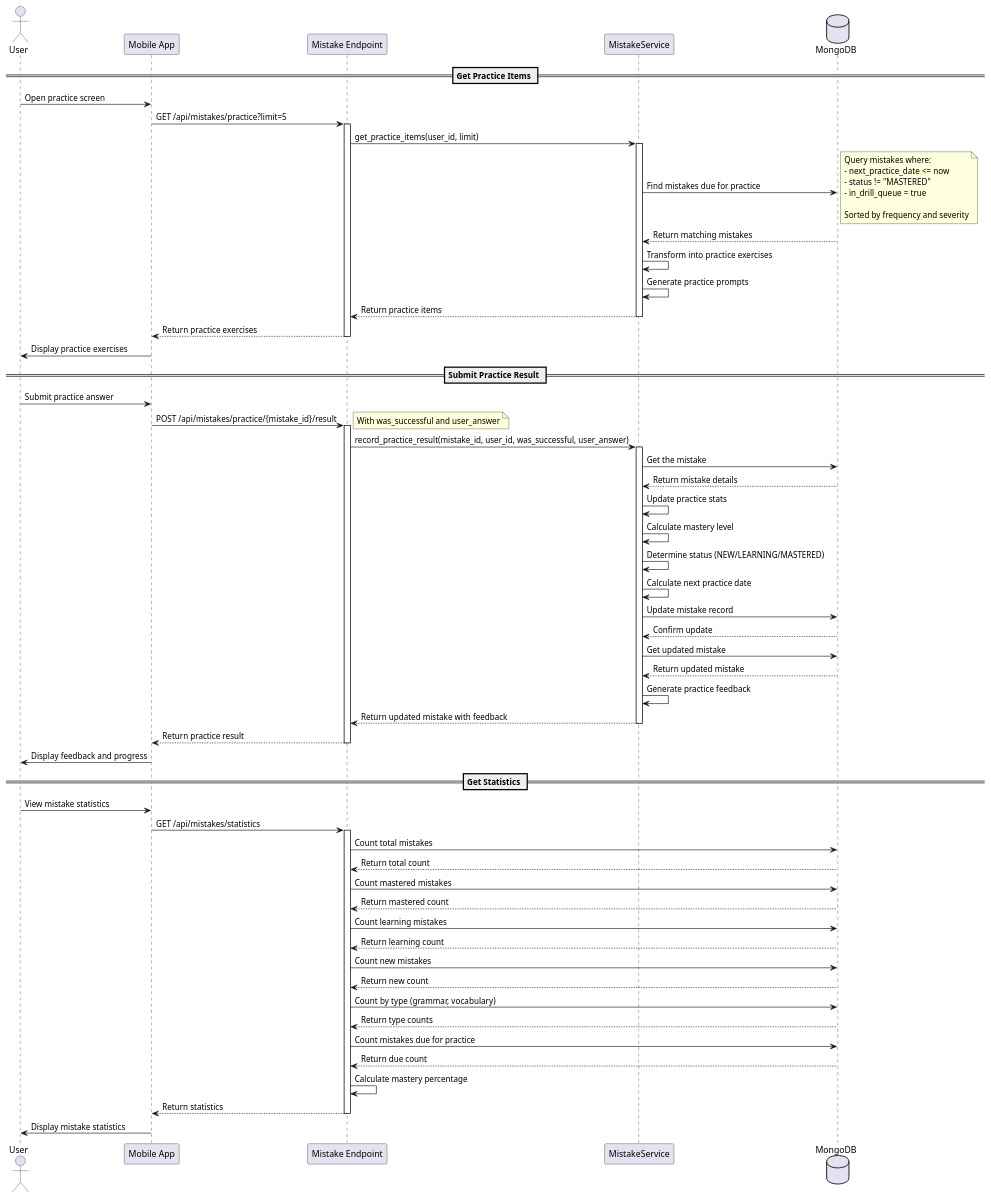
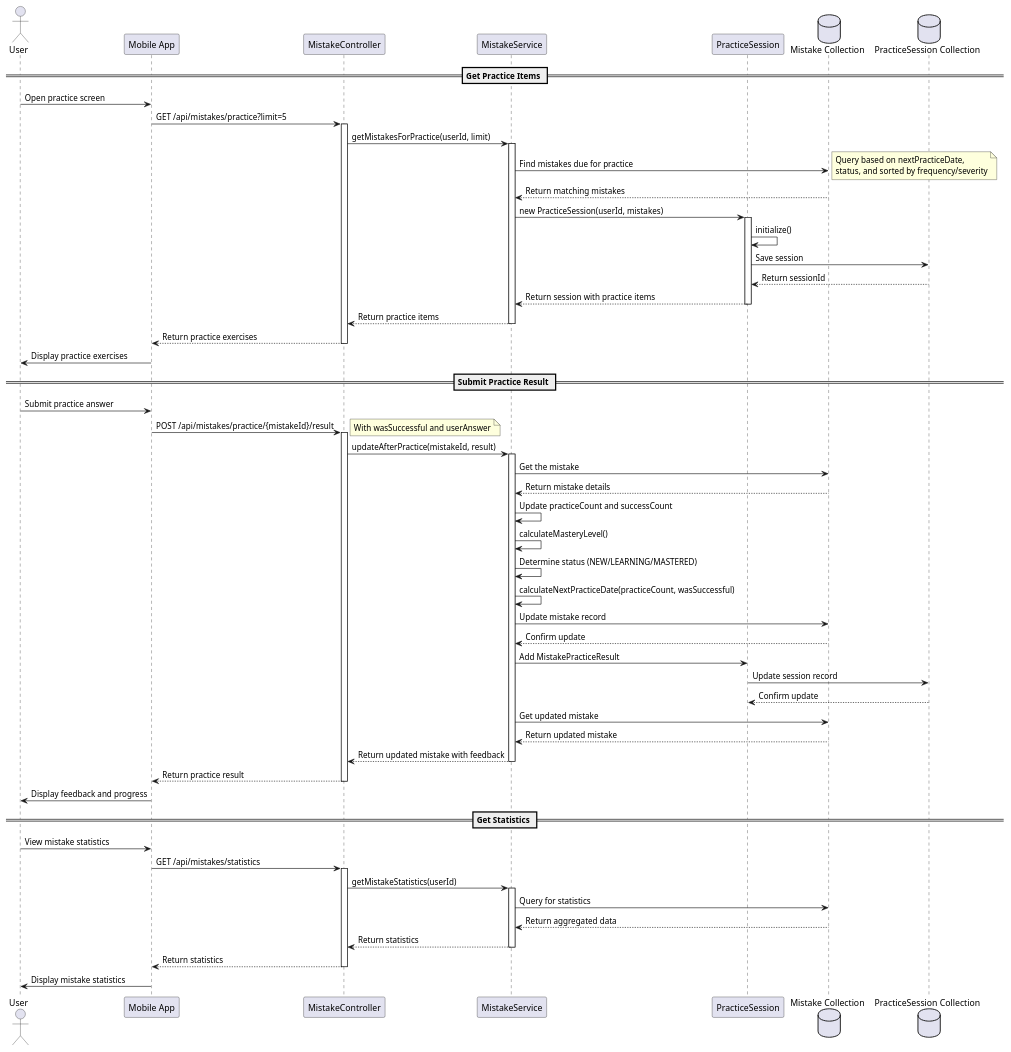
Before and after one commit to dungken/speaking_english_with_ai_app: the diagram in documents/diagrams/mistake-practice-sequence.md, drawn with PlantUML. The commit also changed 3 other files, not shown here.

Commit message:
Update diagrams

```diff
--- a/documents/diagrams/mistake-practice-sequence.md
+++ b/documents/diagrams/mistake-practice-sequence.md
@@ -7,9 +7,11 @@
 
 actor User
 participant "Mobile App" as App
-participant "Mistake Endpoint" as MistakeAPI
+participant "MistakeController" as MistakeAPI
 participant "MistakeService" as MistakeSvc
-database MongoDB as DB
+participant "PracticeSession" as Session
+database "Mistake Collection" as MistakeDB
+database "PracticeSession Collection" as SessionDB
 
 == Get Practice Items ==
 
@@ -17,16 +19,21 @@
 App -> MistakeAPI: GET /api/mistakes/practice?limit=5
 activate MistakeAPI
 
-MistakeAPI -> MistakeSvc: get_practice_items(user_id, limit)
+MistakeAPI -> MistakeSvc: getMistakesForPractice(userId, limit)
 activate MistakeSvc
 
-MistakeSvc -> DB: Find mistakes due for practice
-note right: Query mistakes where:\n- next_practice_date <= now\n- status != "MASTERED"\n- in_drill_queue = true\n\nSorted by frequency and severity
+MistakeSvc -> MistakeDB: Find mistakes due for practice
+note right: Query based on nextPracticeDate,\nstatus, and sorted by frequency/severity
+MistakeDB --> MistakeSvc: Return matching mistakes
 
-DB --> MistakeSvc: Return matching mistakes
+MistakeSvc -> Session: new PracticeSession(userId, mistakes)
+activate Session
+Session -> Session: initialize()
+Session -> SessionDB: Save session
+SessionDB --> Session: Return sessionId
+Session --> MistakeSvc: Return session with practice items
+deactivate Session
 
-MistakeSvc -> MistakeSvc: Transform into practice exercises
-MistakeSvc -> MistakeSvc: Generate practice prompts
 MistakeSvc --> MistakeAPI: Return practice items
 deactivate MistakeSvc
 
@@ -38,28 +45,31 @@
 == Submit Practice Result ==
 
 User -> App: Submit practice answer
-App -> MistakeAPI: POST /api/mistakes/practice/{mistake_id}/result
+App -> MistakeAPI: POST /api/mistakes/practice/{mistakeId}/result
 activate MistakeAPI
-note right: With was_successful and user_answer
+note right: With wasSuccessful and userAnswer
 
-MistakeAPI -> MistakeSvc: record_practice_result(mistake_id, user_id, was_successful, user_answer)
+MistakeAPI -> MistakeSvc: updateAfterPractice(mistakeId, result)
 activate MistakeSvc
 
-MistakeSvc -> DB: Get the mistake
-DB --> MistakeSvc: Return mistake details
+MistakeSvc -> MistakeDB: Get the mistake
+MistakeDB --> MistakeSvc: Return mistake details
 
-MistakeSvc -> MistakeSvc: Update practice stats
-MistakeSvc -> MistakeSvc: Calculate mastery level
+MistakeSvc -> MistakeSvc: Update practiceCount and successCount
+MistakeSvc -> MistakeSvc: calculateMasteryLevel()
 MistakeSvc -> MistakeSvc: Determine status (NEW/LEARNING/MASTERED)
-MistakeSvc -> MistakeSvc: Calculate next practice date
+MistakeSvc -> MistakeSvc: calculateNextPracticeDate(practiceCount, wasSuccessful)
 
-MistakeSvc -> DB: Update mistake record
-DB --> MistakeSvc: Confirm update
+MistakeSvc -> MistakeDB: Update mistake record
+MistakeDB --> MistakeSvc: Confirm update
 
-MistakeSvc -> DB: Get updated mistake
-DB --> MistakeSvc: Return updated mistake
+MistakeSvc -> Session: Add MistakePracticeResult
+Session -> SessionDB: Update session record
+SessionDB --> Session: Confirm update
 
-MistakeSvc -> MistakeSvc: Generate practice feedback
+MistakeSvc -> MistakeDB: Get updated mistake
+MistakeDB --> MistakeSvc: Return updated mistake
+
 MistakeSvc --> MistakeAPI: Return updated mistake with feedback
 deactivate MistakeSvc
 
@@ -74,25 +84,14 @@
 App -> MistakeAPI: GET /api/mistakes/statistics
 activate MistakeAPI
 
-MistakeAPI -> DB: Count total mistakes
-DB --> MistakeAPI: Return total count
+MistakeAPI -> MistakeSvc: getMistakeStatistics(userId)
+activate MistakeSvc
 
-MistakeAPI -> DB: Count mastered mistakes
-DB --> MistakeAPI: Return mastered count
+MistakeSvc -> MistakeDB: Query for statistics
+MistakeDB --> MistakeSvc: Return aggregated data
 
-MistakeAPI -> DB: Count learning mistakes
-DB --> MistakeAPI: Return learning count
-
-MistakeAPI -> DB: Count new mistakes
-DB --> MistakeAPI: Return new count
-
-MistakeAPI -> DB: Count by type (grammar, vocabulary)
-DB --> MistakeAPI: Return type counts
-
-MistakeAPI -> DB: Count mistakes due for practice
-DB --> MistakeAPI: Return due count
-
-MistakeAPI -> MistakeAPI: Calculate mastery percentage
+MistakeSvc --> MistakeAPI: Return statistics
+deactivate MistakeSvc
 
 MistakeAPI --> App: Return statistics
 deactivate MistakeAPI
```
